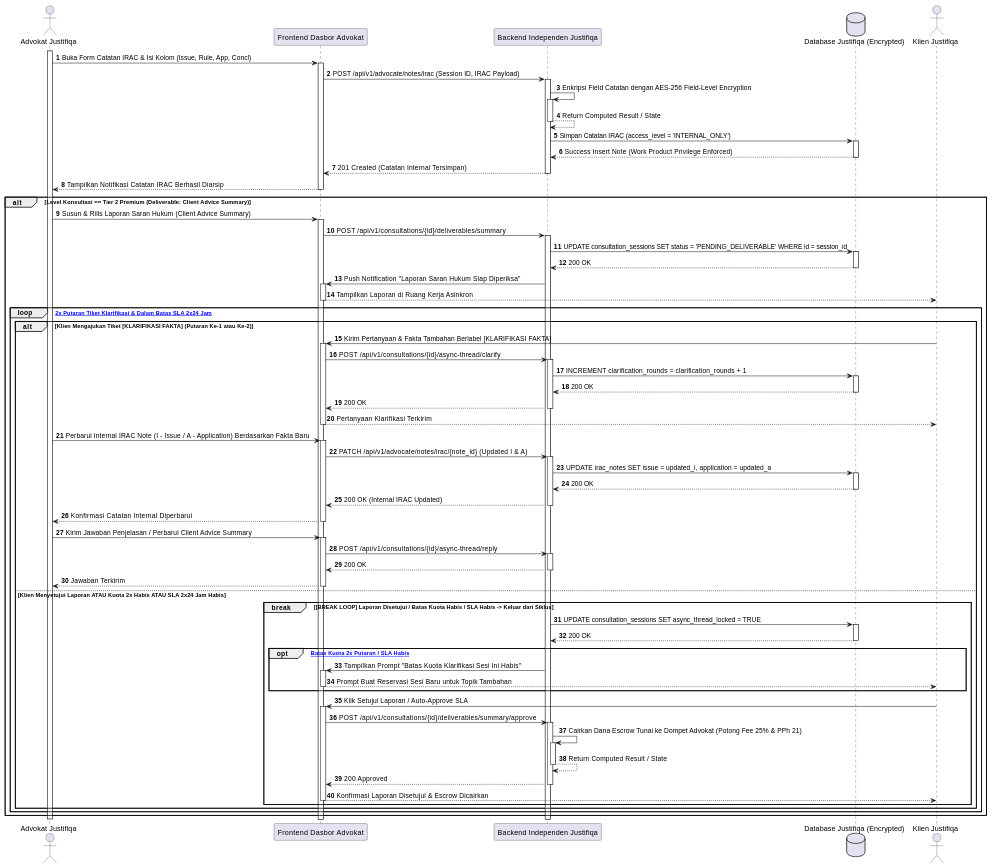
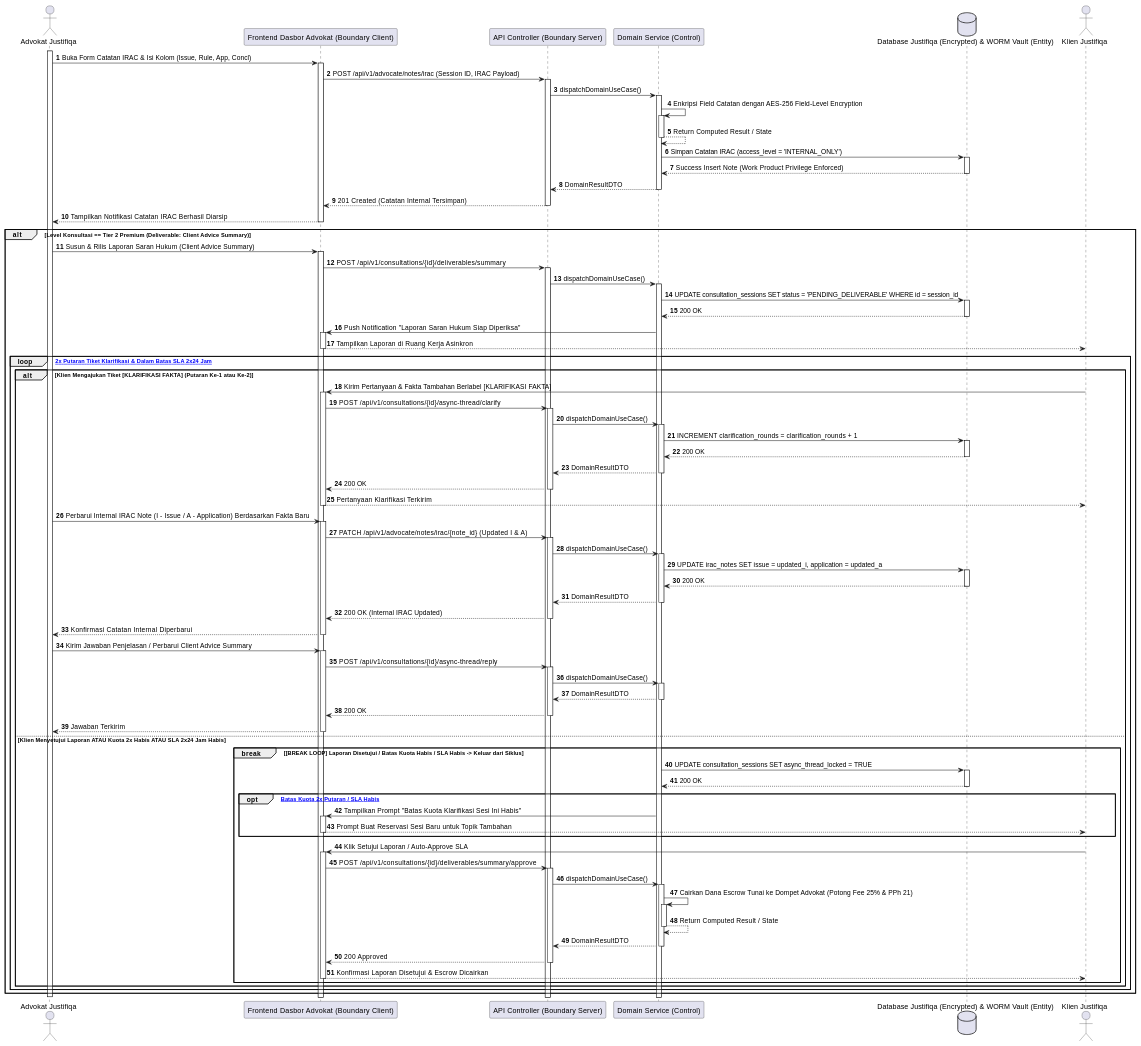
The eighth of 28 diagrams in MarkDown/plantuml_sequence_diagrams.md (tupperwureism/SuperApp-Gagal), drawn with PlantUML before and after one commit. The commit also changed other lines of this file and 1 other file, not shown here.

Commit message:
refactor(sequence-diagrams): upgrade all 28 Sequence Diagrams to Component-Level 5-Lifeline BCE Architecture

```diff
--- a/MarkDown/plantuml_sequence_diagrams.md
+++ b/MarkDown/plantuml_sequence_diagrams.md
@@ -696,70 +468,83 @@
 @startuml
 autonumber
 actor "Advokat Justifiqa" as Mitra
-participant "Frontend Dasbor Advokat" as FE
-participant "Backend Independen Justifiqa" as BE
-database "Database Justifiqa (Encrypted)" as DB
+participant "Frontend Dasbor Advokat (Boundary Client)" as B_FE
+participant "API Controller (Boundary Server)" as B_BE
+participant "Domain Service (Control)" as C_Svc
+participant "Backend Independen Justifiqa" as C_Svc
+database "Database Justifiqa (Encrypted) & WORM Vault (Entity)" as E_DB
 actor "Klien Justifiqa" as Klien
 
 activate Mitra
-Mitra -> FE ++ : Buka Form Catatan IRAC & Isi Kolom (Issue, Rule, App, Concl)
-FE -> BE ++ : POST /api/v1/advocate/notes/irac (Session ID, IRAC Payload)
-BE -> BE ++ : Enkripsi Field Catatan dengan AES-256 Field-Level Encryption
-BE --> BE -- : Return Computed Result / State
-BE -> DB ++ : Simpan Catatan IRAC (access_level = 'INTERNAL_ONLY')
-DB --> BE -- : Success Insert Note (Work Product Privilege Enforced)
-BE --> FE -- : 201 Created (Catatan Internal Tersimpan)
-FE --> Mitra : Tampilkan Notifikasi Catatan IRAC Berhasil Diarsip
-deactivate FE
+Mitra -> B_FE ++ : Buka Form Catatan IRAC & Isi Kolom (Issue, Rule, App, Concl)
+B_FE -> B_BE ++ : POST /api/v1/advocate/notes/irac (Session ID, IRAC Payload)
+    B_BE -> C_Svc ++ : dispatchDomainUseCase()
+C_Svc -> C_Svc ++ : Enkripsi Field Catatan dengan AES-256 Field-Level Encryption
+C_Svc --> C_Svc -- : Return Computed Result / State
+C_Svc -> E_DB ++ : Simpan Catatan IRAC (access_level = 'INTERNAL_ONLY')
+E_DB --> C_Svc -- : Success Insert Note (Work Product Privilege Enforced)
+C_Svc --> B_BE -- : DomainResultDTO
+    B_BE --> B_FE -- : 201 Created (Catatan Internal Tersimpan)
+B_FE --> Mitra : Tampilkan Notifikasi Catatan IRAC Berhasil Diarsip
+deactivate B_FE
 
 alt Level Konsultasi == Tier 2 Premium (Deliverable: Client Advice Summary)
-    Mitra -> FE ++ : Susun & Rilis Laporan Saran Hukum (Client Advice Summary)
-    FE -> BE ++ : POST /api/v1/consultations/{id}/deliverables/summary
-    BE -> DB ++ : UPDATE consultation_sessions SET status = 'PENDING_DELIVERABLE' WHERE id = session_id
-    DB --> BE -- : 200 OK
-    BE -> FE ++ : Push Notification "Laporan Saran Hukum Siap Diperiksa"
-    FE --> Klien : Tampilkan Laporan di Ruang Kerja Asinkron
-    deactivate FE
+    Mitra -> B_FE ++ : Susun & Rilis Laporan Saran Hukum (Client Advice Summary)
+    B_FE -> B_BE ++ : POST /api/v1/consultations/{id}/deliverables/summary
+    B_BE -> C_Svc ++ : dispatchDomainUseCase()
+    C_Svc -> E_DB ++ : UPDATE consultation_sessions SET status = 'PENDING_DELIVERABLE' WHERE id = session_id
+    E_DB --> C_Svc -- : 200 OK
+    C_Svc -> B_FE ++ : Push Notification "Laporan Saran Hukum Siap Diperiksa"
+    B_FE --> Klien : Tampilkan Laporan di Ruang Kerja Asinkron
+    deactivate B_FE
 
     loop [Maksimal 2x Putaran Tiket Klarifikasi & Dalam Batas SLA 2x24 Jam]
         alt Klien Mengajukan Tiket [KLARIFIKASI FAKTA] (Putaran Ke-1 atau Ke-2)
-            Klien -> FE ++ : Kirim Pertanyaan & Fakta Tambahan Berlabel [KLARIFIKASI FAKTA]
-            FE -> BE ++ : POST /api/v1/consultations/{id}/async-thread/clarify
-            BE -> DB ++ : INCREMENT clarification_rounds = clarification_rounds + 1
-            DB --> BE -- : 200 OK
-            BE --> FE -- : 200 OK
-            FE --> Klien : Pertanyaan Klarifikasi Terkirim
-            deactivate FE
+            Klien -> B_FE ++ : Kirim Pertanyaan & Fakta Tambahan Berlabel [KLARIFIKASI FAKTA]
+            B_FE -> B_BE ++ : POST /api/v1/consultations/{id}/async-thread/clarify
+    B_BE -> C_Svc ++ : dispatchDomainUseCase()
+            C_Svc -> E_DB ++ : INCREMENT clarification_rounds = clarification_rounds + 1
+            E_DB --> C_Svc -- : 200 OK
+            C_Svc --> B_BE -- : DomainResultDTO
+    B_BE --> B_FE -- : 200 OK
+            B_FE --> Klien : Pertanyaan Klarifikasi Terkirim
+            deactivate B_FE
             
-            Mitra -> FE ++ : Perbarui Internal IRAC Note (I - Issue / A - Application) Berdasarkan Fakta Baru
-            FE -> BE ++ : PATCH /api/v1/advocate/notes/irac/{note_id} (Updated I & A)
-            BE -> DB ++ : UPDATE irac_notes SET issue = updated_i, application = updated_a
-            DB --> BE -- : 200 OK
-            BE --> FE -- : 200 OK (Internal IRAC Updated)
-            FE --> Mitra : Konfirmasi Catatan Internal Diperbarui
-            deactivate FE
+            Mitra -> B_FE ++ : Perbarui Internal IRAC Note (I - Issue / A - Application) Berdasarkan Fakta Baru
+            B_FE -> B_BE ++ : PATCH /api/v1/advocate/notes/irac/{note_id} (Updated I & A)
+    B_BE -> C_Svc ++ : dispatchDomainUseCase()
+            C_Svc -> E_DB ++ : UPDATE irac_notes SET issue = updated_i, application = updated_a
+            E_DB --> C_Svc -- : 200 OK
+            C_Svc --> B_BE -- : DomainResultDTO
+    B_BE --> B_FE -- : 200 OK (Internal IRAC Updated)
+            B_FE --> Mitra : Konfirmasi Catatan Internal Diperbarui
+            deactivate B_FE
             
-            Mitra -> FE ++ : Kirim Jawaban Penjelasan / Perbarui Client Advice Summary
-            FE -> BE ++ : POST /api/v1/consultations/{id}/async-thread/reply
-            BE --> FE -- : 200 OK
-            FE --> Mitra : Jawaban Terkirim
-            deactivate FE
+            Mitra -> B_FE ++ : Kirim Jawaban Penjelasan / Perbarui Client Advice Summary
+            B_FE -> B_BE ++ : POST /api/v1/consultations/{id}/async-thread/reply
+    B_BE -> C_Svc ++ : dispatchDomainUseCase()
+            C_Svc --> B_BE -- : DomainResultDTO
+    B_BE --> B_FE -- : 200 OK
+            B_FE --> Mitra : Jawaban Terkirim
+            deactivate B_FE
         else Klien Menyetujui Laporan ATAU Kuota 2x Habis ATAU SLA 2x24 Jam Habis
             break [BREAK LOOP] Laporan Disetujui / Batas Kuota Habis / SLA Habis -> Keluar dari Siklus
-                BE -> DB ++ : UPDATE consultation_sessions SET async_thread_locked = TRUE
-                DB --> BE -- : 200 OK
+                C_Svc -> E_DB ++ : UPDATE consultation_sessions SET async_thread_locked = TRUE
+                E_DB --> C_Svc -- : 200 OK
                 opt [Jika Batas Kuota 2x Putaran / SLA Habis]
-                    BE -> FE ++ : Tampilkan Prompt "Batas Kuota Klarifikasi Sesi Ini Habis"
-                    FE --> Klien : Prompt Buat Reservasi Sesi Baru untuk Topik Tambahan
-                    deactivate FE
+                    C_Svc -> B_FE ++ : Tampilkan Prompt "Batas Kuota Klarifikasi Sesi Ini Habis"
+                    B_FE --> Klien : Prompt Buat Reservasi Sesi Baru untuk Topik Tambahan
+                    deactivate B_FE
                 end
-                Klien -> FE ++ : Klik Setujui Laporan / Auto-Approve SLA
-                FE -> BE ++ : POST /api/v1/consultations/{id}/deliverables/summary/approve
-                BE -> BE ++ : Cairkan Dana Escrow Tunai ke Dompet Advokat (Potong Fee 25% & PPh 21)
-                BE --> BE -- : Return Computed Result / State
-                BE --> FE -- : 200 Approved
-                FE --> Klien : Konfirmasi Laporan Disetujui & Escrow Dicairkan
-                deactivate FE
+                Klien -> B_FE ++ : Klik Setujui Laporan / Auto-Approve SLA
+                B_FE -> B_BE ++ : POST /api/v1/consultations/{id}/deliverables/summary/approve
+    B_BE -> C_Svc ++ : dispatchDomainUseCase()
+                C_Svc -> C_Svc ++ : Cairkan Dana Escrow Tunai ke Dompet Advokat (Potong Fee 25% & PPh 21)
+                C_Svc --> C_Svc -- : Return Computed Result / State
+                C_Svc --> B_BE -- : DomainResultDTO
+    B_BE --> B_FE -- : 200 Approved
+                B_FE --> Klien : Konfirmasi Laporan Disetujui & Escrow Dicairkan
+                deactivate B_FE
             end
         end
     end
```
